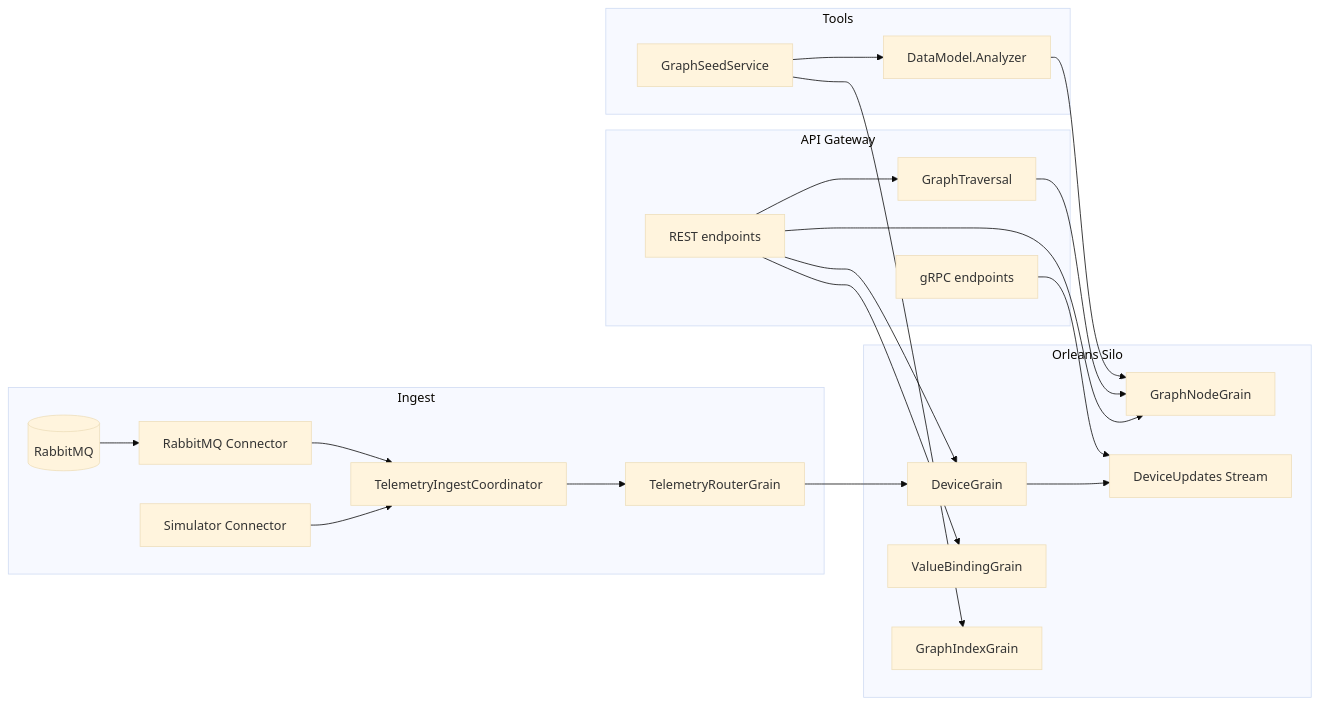
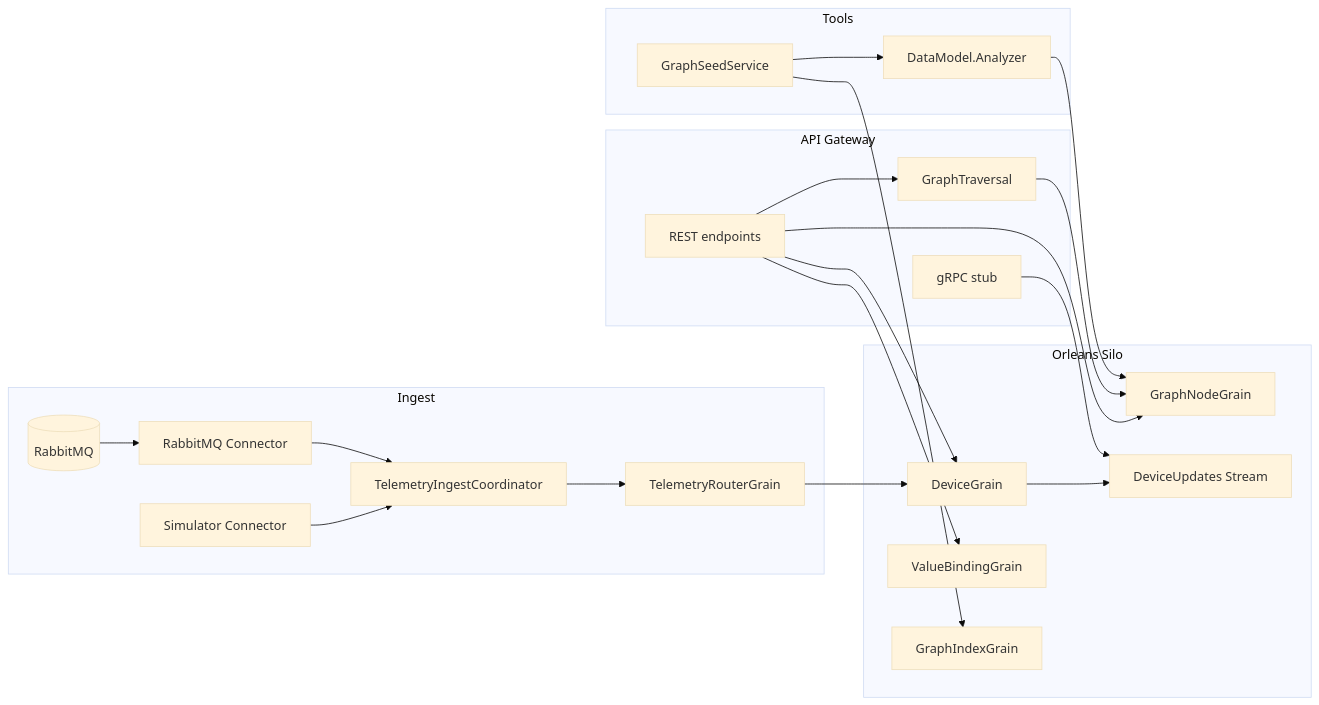
One commit to takashikasuya/orleans-telemetry-sample changed the fourth of 4 diagrams in README.md. Above: the diagram before and after it, drawn with Mermaid (base theme). The commit also changed other lines of this file and 1 other file, not shown here.

````diff
--- a/README.md
+++ b/README.md
@@ -354,37 +400,37 @@
 ```mermaid
 flowchart LR
     subgraph Ingest
         IngestSvc[TelemetryIngestCoordinator]
         Sim[Simulator Connector]
         MQ[(RabbitMQ)]
         RMQ[RabbitMQ Connector]
         RouterGrain[TelemetryRouterGrain]
     end
     subgraph Orleans["Orleans Silo"]
         DevGrain[DeviceGrain]
         NodeGrain[GraphNodeGrain]
         ValGrain[ValueBindingGrain]
         IndexGrain[GraphIndexGrain]
         Stream[DeviceUpdates Stream]
     end
     subgraph API["API Gateway"]
         RestApi[REST endpoints]
-        GrpcApi[gRPC endpoints]
+        GrpcApi[gRPC stub]
         Traversal[GraphTraversal]
     end
     subgraph Tools
         SeedSvc[GraphSeedService]
         Analyzer[DataModel.Analyzer]
     end
 
     Sim --> IngestSvc --> RouterGrain --> DevGrain --> Stream
     MQ --> RMQ --> IngestSvc
     RestApi --> DevGrain
     RestApi --> NodeGrain
     RestApi --> ValGrain
     RestApi --> Traversal
     Traversal --> NodeGrain
     GrpcApi --> Stream
     SeedSvc --> Analyzer --> NodeGrain
     SeedSvc --> IndexGrain
 ```
````
